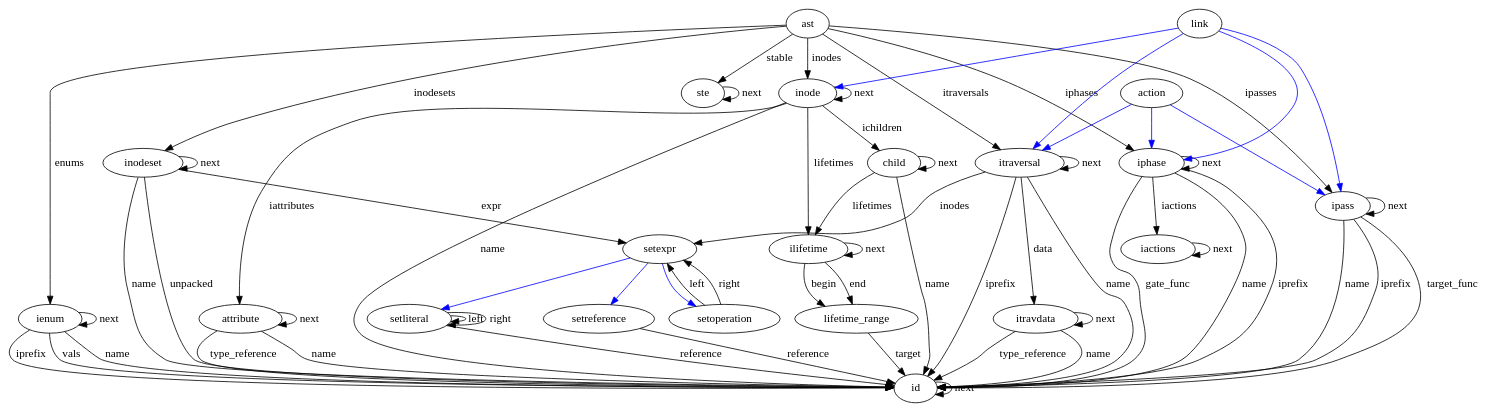
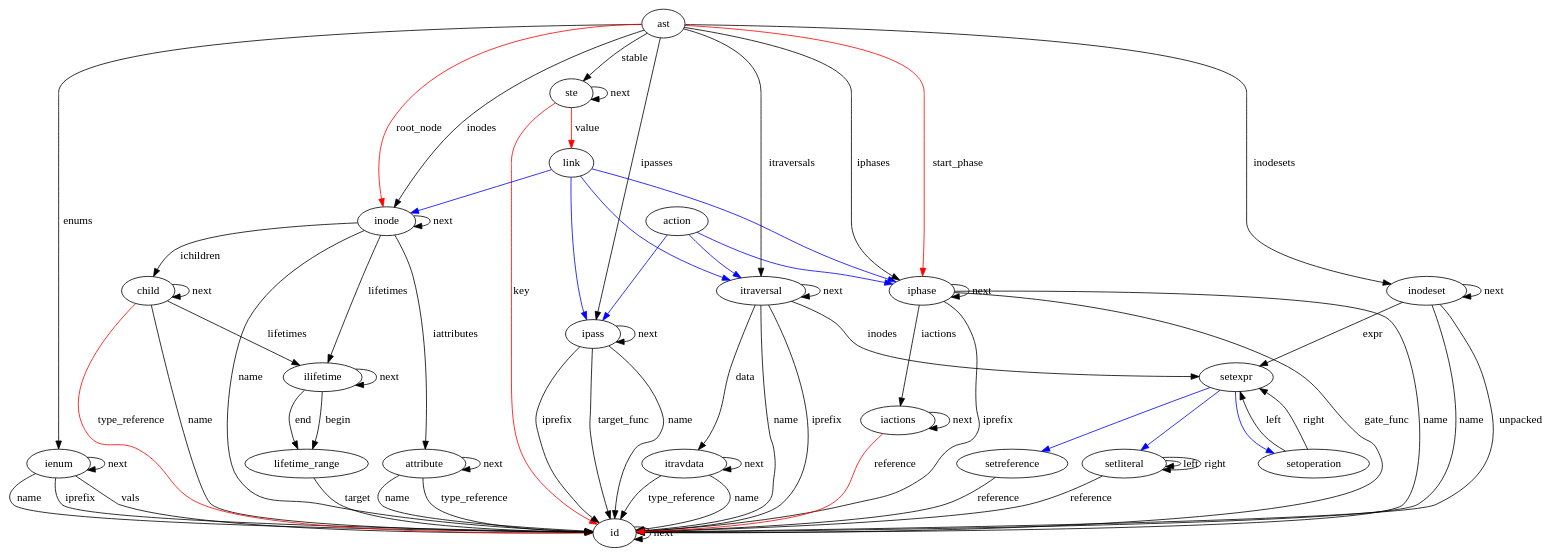
The diagram in cocogen/ccngen/ast.dot (CoCoNut-UvA/coconut), drawn with Graphviz before and after one commit. The commit also changed 57 other files, not shown here.

```diff
--- a/cocogen/ccngen/ast.dot
+++ b/cocogen/ccngen/ast.dot
@@ -1,71 +1,77 @@
 digraph Ast {
 id -> id[label="next"]
 ienum -> id[label="vals"]
 ienum -> id[label="name"]
 ienum -> id[label="iprefix"]
 ienum -> ienum[label="next"]
 attribute -> id[label="name"]
 attribute -> id[label="type_reference"]
 attribute -> attribute[label="next"]
 itravdata -> id[label="name"]
 itravdata -> id[label="type_reference"]
 itravdata -> itravdata[label="next"]
 setoperation -> setexpr[label="left"]
 setoperation -> setexpr[label="right"]
 setliteral -> id[label="reference"]
 setliteral -> setliteral[label="left"]
 setliteral -> setliteral[label="right"]
 setreference -> id[label="reference"]
 ste -> ste[label="next"]
+ste -> id[color=red, label="key"]
+ste -> link[color=red, label="value"]
 child -> id[label="name"]
 child -> ilifetime[label="lifetimes"]
 child -> child[label="next"]
+child -> id[color=red, label="type_reference"]
 lifetime_range -> id[label="target"]
 ilifetime -> lifetime_range[label="begin"]
 ilifetime -> lifetime_range[label="end"]
 ilifetime -> ilifetime[label="next"]
 inodeset -> id[label="name"]
 inodeset -> setexpr[label="expr"]
 inodeset -> id[label="unpacked"]
 inodeset -> inodeset[label="next"]
 inode -> id[label="name"]
 inode -> inode[label="next"]
 inode -> child[label="ichildren"]
 inode -> attribute[label="iattributes"]
 inode -> ilifetime[label="lifetimes"]
 ipass -> id[label="name"]
 ipass -> id[label="iprefix"]
 ipass -> id[label="target_func"]
 ipass -> ipass[label="next"]
 itraversal -> id[label="name"]
 itraversal -> id[label="iprefix"]
 itraversal -> setexpr[label="inodes"]
 itraversal -> itravdata[label="data"]
 itraversal -> itraversal[label="next"]
 iphase -> id[label="name"]
 iphase -> id[label="iprefix"]
 iphase -> id[label="gate_func"]
 iphase -> iactions[label="iactions"]
 iphase -> iphase[label="next"]
 iactions -> iactions[label="next"]
+iactions -> id[color=red, label="reference"]
 ast -> iphase[label="iphases"]
 ast -> itraversal[label="itraversals"]
 ast -> ipass[label="ipasses"]
 ast -> inode[label="inodes"]
 ast -> inodeset[label="inodesets"]
 ast -> ienum[label="enums"]
 ast -> ste[label="stable"]
+ast -> inode[color=red, label="root_node"]
+ast -> iphase[color=red, label="start_phase"]
 setexpr;
 setexpr -> setoperation [color=blue]
 setexpr -> setreference [color=blue]
 setexpr -> setliteral [color=blue]
 link;
 link -> iphase [color=blue]
 link -> itraversal [color=blue]
 link -> ipass [color=blue]
 link -> inode [color=blue]
 action;
 action -> iphase [color=blue]
 action -> itraversal [color=blue]
 action -> ipass [color=blue]
 }
```
